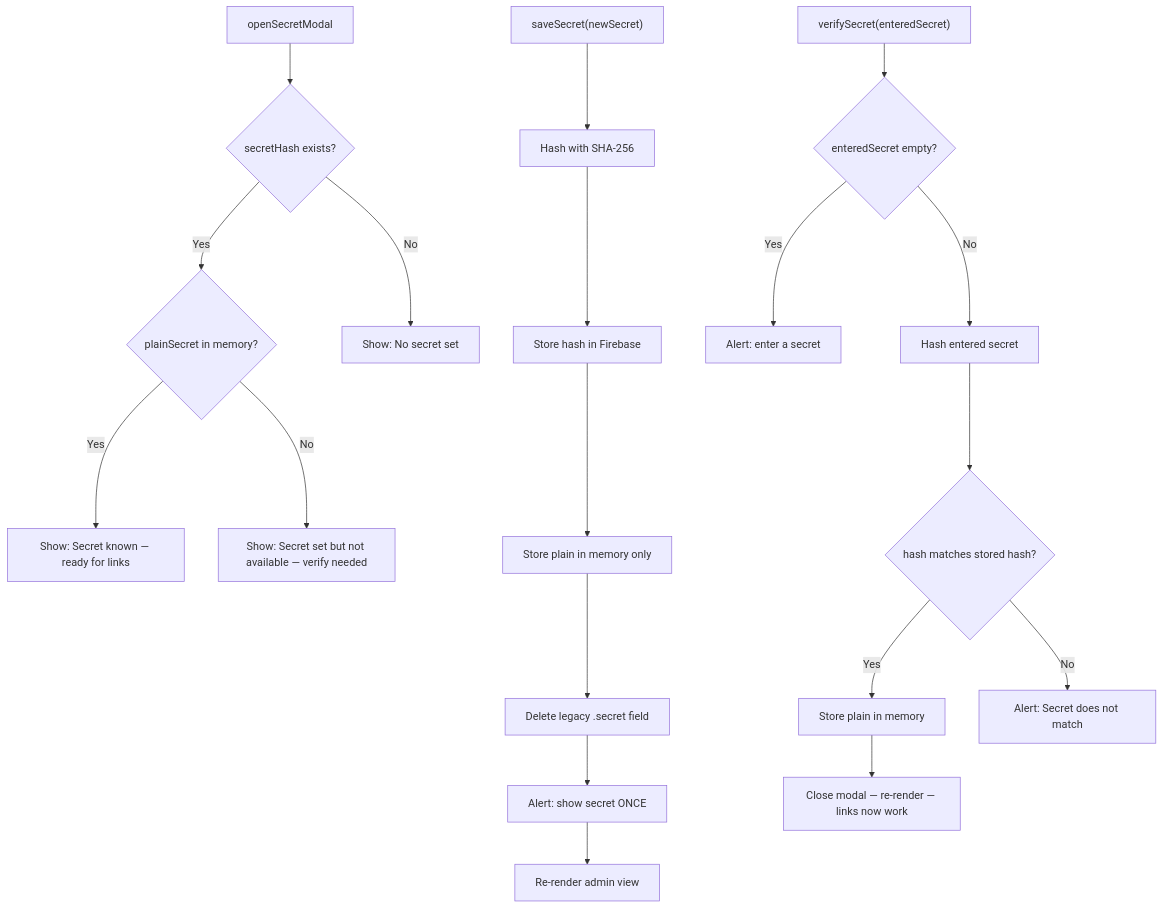
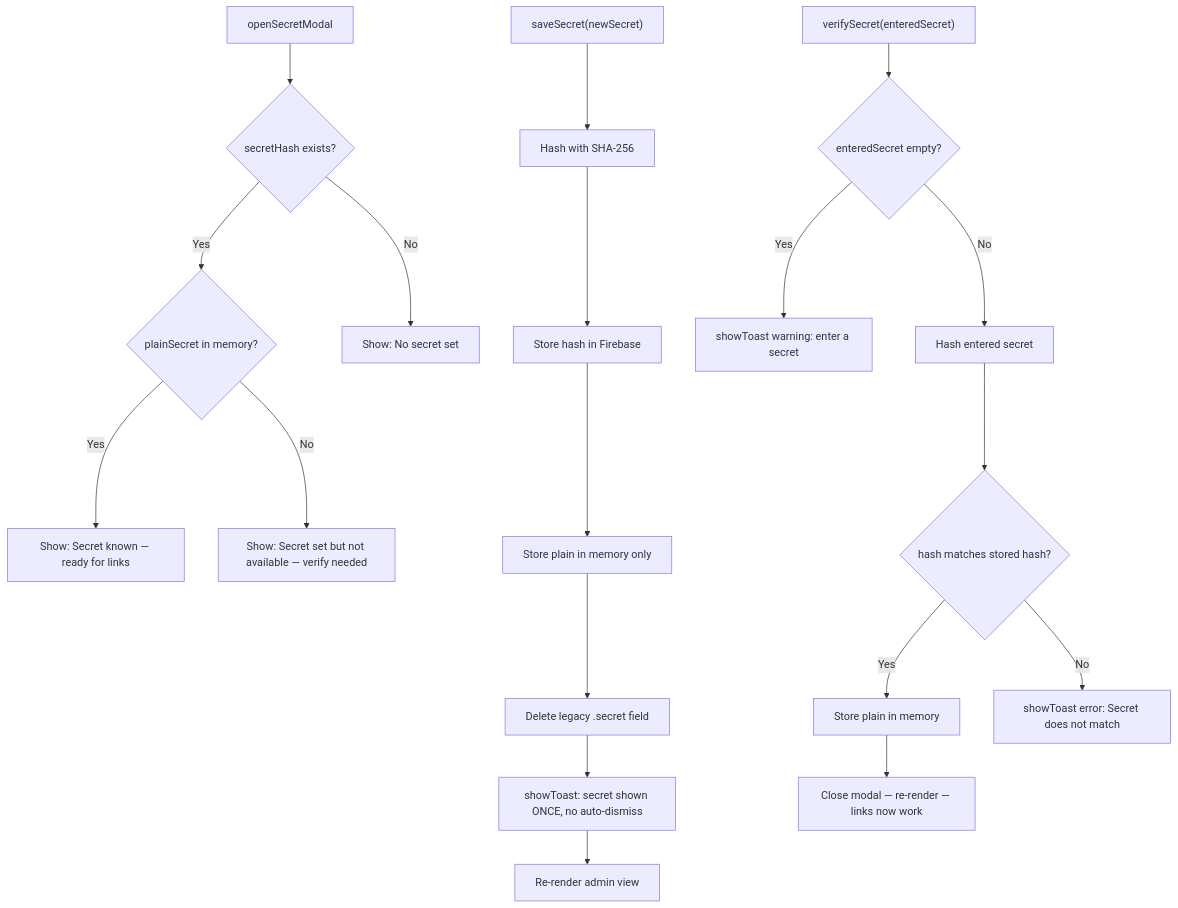
Before and after one commit to LNiitlahti/BoardGame: the fourth of 6 diagrams in BoardGame/docs/architecture/onboarding-lightweight.md, drawn with Mermaid. The commit also changed 17 other files, not shown here.

````diff
--- a/BoardGame/docs/architecture/onboarding-lightweight.md
+++ b/BoardGame/docs/architecture/onboarding-lightweight.md
@@ -82,23 +82,23 @@
 ```mermaid
 flowchart TD
     A[openSecretModal] --> B{secretHash exists?}
     B -->|Yes| C{plainSecret in memory?}
     C -->|Yes| D["Show: Secret known — ready for links"]
     C -->|No| E["Show: Secret set but not available — verify needed"]
     B -->|No| F["Show: No secret set"]
 
     G["saveSecret(newSecret)"] --> H[Hash with SHA-256]
     H --> I[Store hash in Firebase]
     I --> J[Store plain in memory only]
     J --> K[Delete legacy .secret field]
-    K --> L["Alert: show secret ONCE"]
+    K --> L["showToast: secret shown ONCE, no auto-dismiss"]
     L --> M[Re-render admin view]
 
     N["verifySecret(enteredSecret)"] --> O{enteredSecret empty?}
-    O -->|Yes| P["Alert: enter a secret"]
+    O -->|Yes| P["showToast warning: enter a secret"]
     O -->|No| Q[Hash entered secret]
     Q --> R{hash matches stored hash?}
     R -->|Yes| S[Store plain in memory]
     S --> T["Close modal — re-render — links now work"]
-    R -->|No| U["Alert: Secret does not match"]
+    R -->|No| U["showToast error: Secret does not match"]
 ```
````
